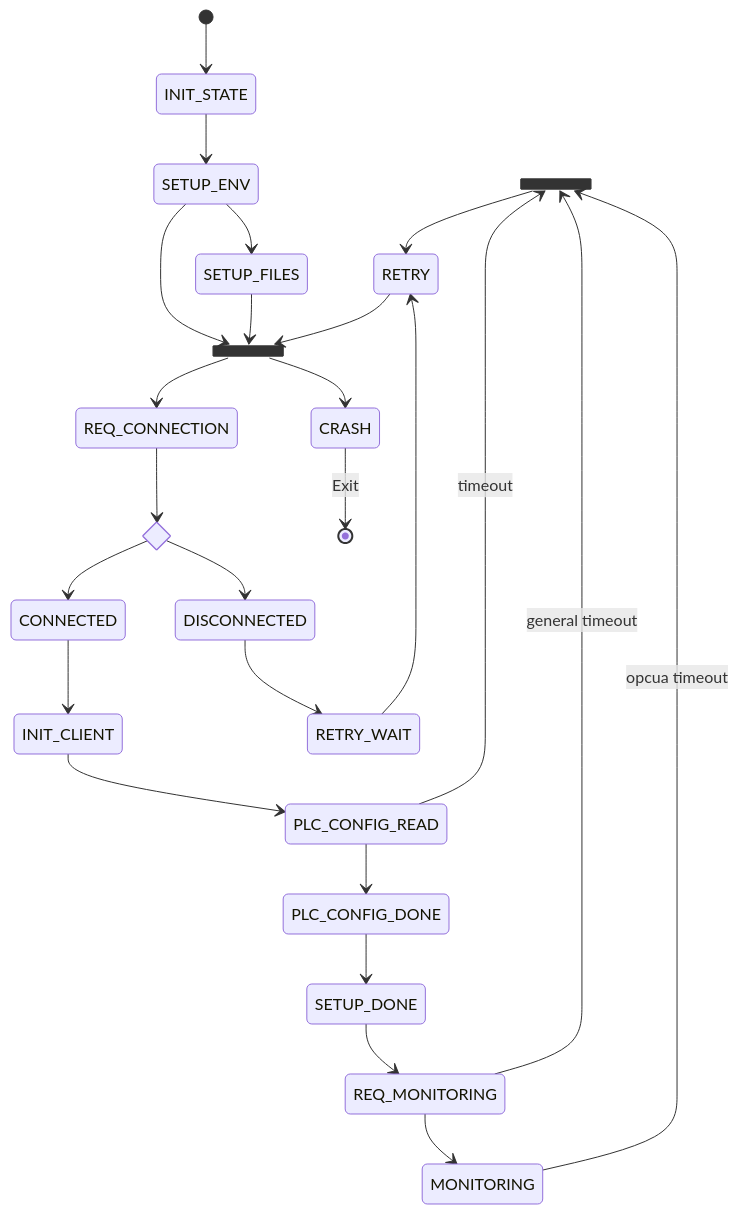
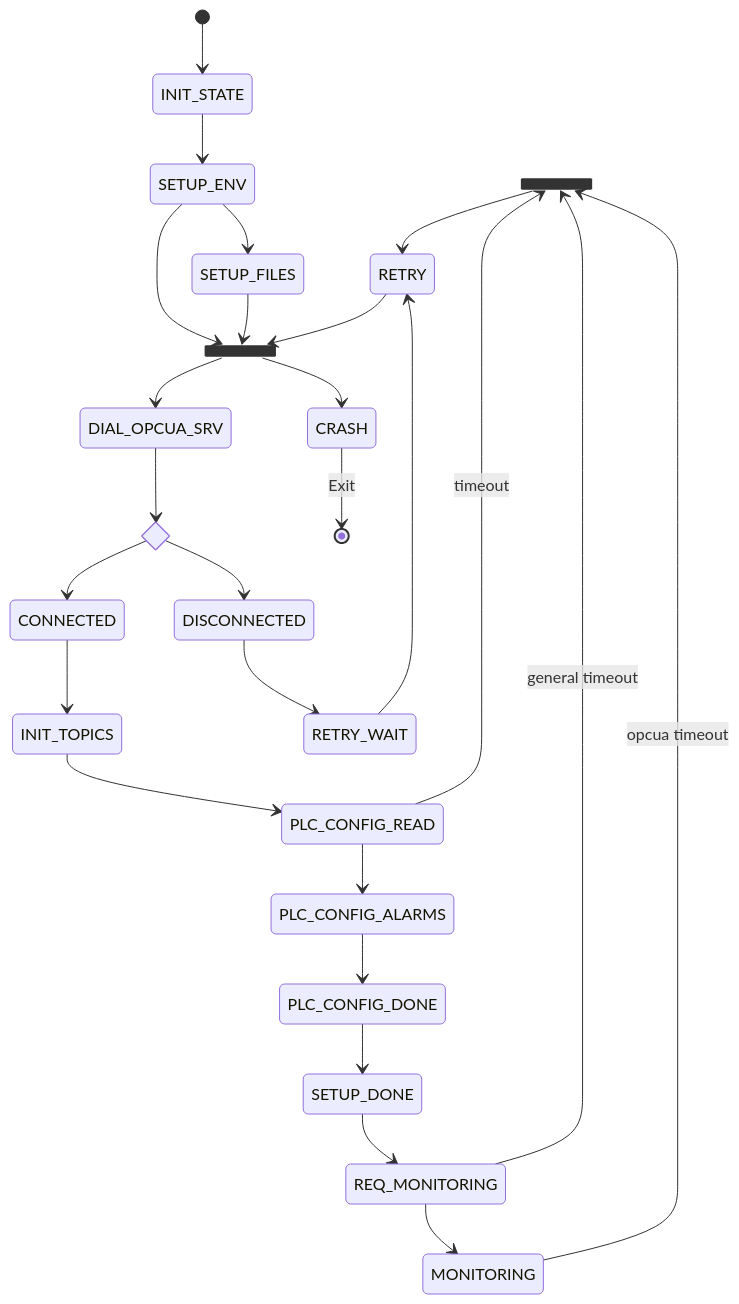
The diagram in retry.md (Strunck/awculle_datahub), drawn with Mermaid before and after one commit. The commit also changed other lines of this file and 6 other files, not shown here.

````diff
--- a/retry.md
+++ b/retry.md
@@ -23,56 +23,58 @@
 ```mermaid
 stateDiagram-v2
     state ERROR <<join>>
     state FATAL <<join>>
     state CONNECT_OK <<choice>>
     
     [*] --> INIT_STATE    
 
     INIT_STATE --> SETUP_ENV
 
     SETUP_ENV --> SETUP_FILES
 
     SETUP_ENV --> FATAL
 
-    FATAL --> REQ_CONNECTION
+    FATAL --> DIAL_OPCUA_SRV
 
     SETUP_FILES --> FATAL
 
     FATAL --> CRASH
     
     CRASH --> [*]: Exit
     
-    REQ_CONNECTION --> CONNECT_OK
+    DIAL_OPCUA_SRV --> CONNECT_OK
 
     CONNECT_OK --> CONNECTED
 
-    CONNECTED --> INIT_CLIENT
+    CONNECTED --> INIT_TOPICS
     
-    INIT_CLIENT -->  PLC_CONFIG_READ
+    INIT_TOPICS -->  PLC_CONFIG_READ
 
-    PLC_CONFIG_READ --> PLC_CONFIG_DONE
+    PLC_CONFIG_READ --> PLC_CONFIG_ALARMS
+    
+    PLC_CONFIG_ALARMS --> PLC_CONFIG_DONE
 
     PLC_CONFIG_READ --> ERROR : timeout
 
     PLC_CONFIG_DONE --> SETUP_DONE 
     
     SETUP_DONE --> REQ_MONITORING
 
     REQ_MONITORING --> MONITORING
 
     REQ_MONITORING --> ERROR: general timeout
 
     MONITORING --> ERROR: opcua timeout
 
     ERROR --> RETRY
     
     RETRY --> FATAL
 
     CONNECT_OK --> DISCONNECTED 
 
     DISCONNECTED --> RETRY_WAIT
     
     RETRY_WAIT --> RETRY
 
     
  ```
````
